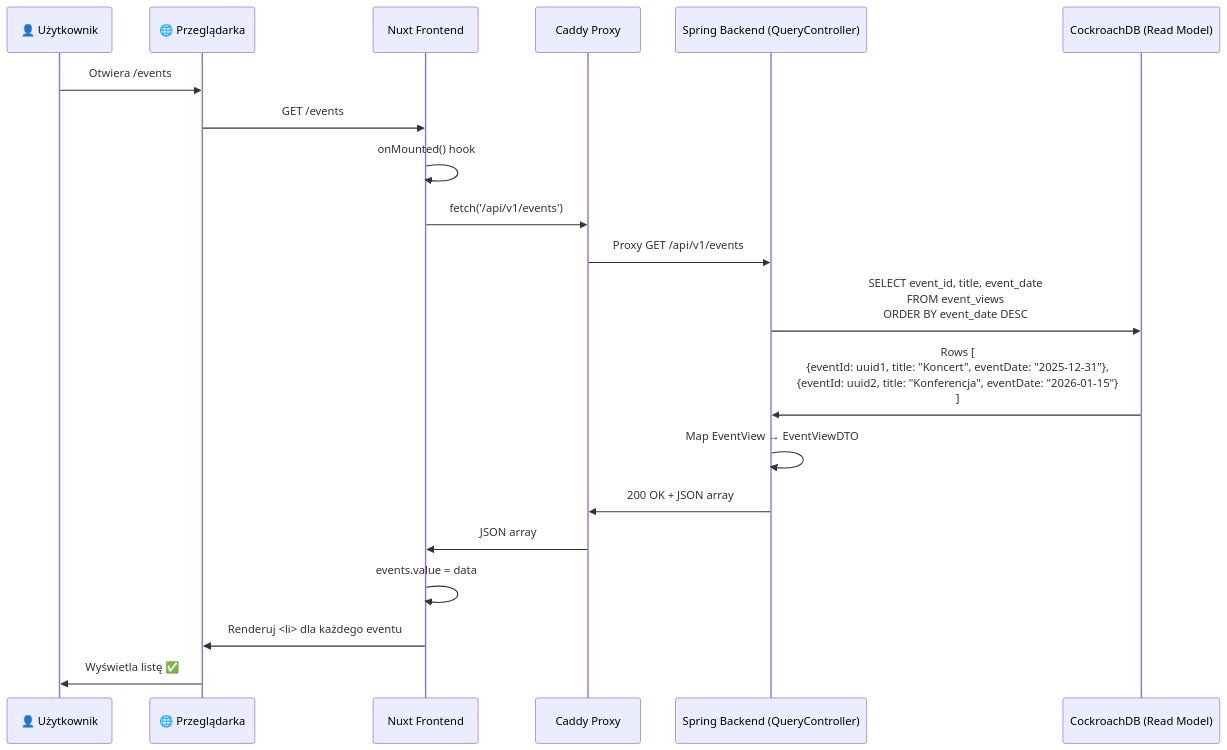
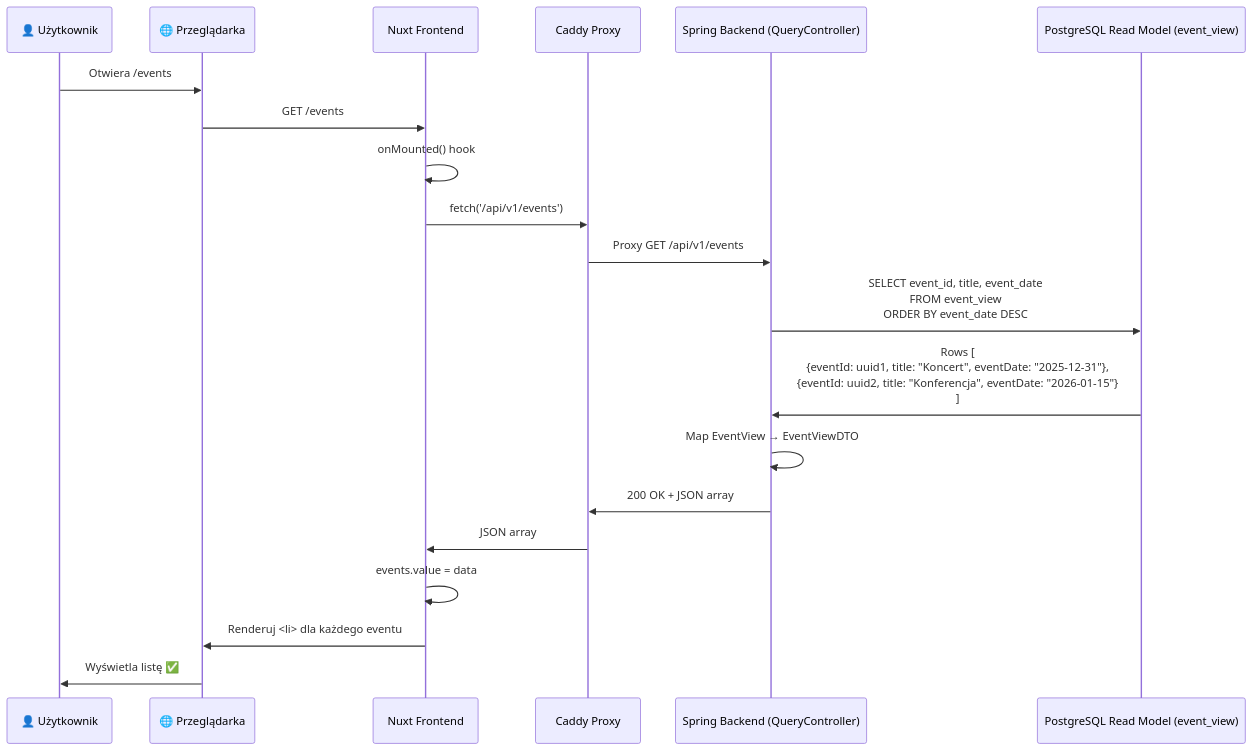
The tenth of 15 diagrams in ARCHITEKTURA_SZCZEGOLOWA.md (luksus-pfsw/nuxt-learn), drawn with Mermaid before and after one commit. The commit also changed other lines of this file and 10 other files, not shown here.

````diff
--- a/ARCHITEKTURA_SZCZEGOLOWA.md
+++ b/ARCHITEKTURA_SZCZEGOLOWA.md
@@ -1818,23 +1876,23 @@
 ```mermaid
 sequenceDiagram
     participant User as 👤 Użytkownik
     participant Browser as 🌐 Przeglądarka
     participant Nuxt as Nuxt Frontend
     participant Caddy as Caddy Proxy
     participant Spring as Spring Backend (QueryController)
-    participant CRDB as CockroachDB (Read Model)
+    participant ReadDB as PostgreSQL Read Model (event_view)
     
     User->>Browser: Otwiera /events
     Browser->>Nuxt: GET /events
     Nuxt->>Nuxt: onMounted() hook
     Nuxt->>Caddy: fetch('/api/v1/events')
     Caddy->>Spring: Proxy GET /api/v1/events
-    Spring->>CRDB: SELECT event_id, title, event_date<br/>FROM event_views<br/>ORDER BY event_date DESC
-    CRDB->>Spring: Rows [<br/>  {eventId: uuid1, title: "Koncert", eventDate: "2025-12-31"},<br/>  {eventId: uuid2, title: "Konferencja", eventDate: "2026-01-15"}<br/>]
+    Spring->>ReadDB: SELECT event_id, title, event_date<br/>FROM event_view<br/>ORDER BY event_date DESC
+    ReadDB->>Spring: Rows [<br/>  {eventId: uuid1, title: "Koncert", eventDate: "2025-12-31"},<br/>  {eventId: uuid2, title: "Konferencja", eventDate: "2026-01-15"}<br/>]
     Spring->>Spring: Map EventView → EventViewDTO
     Spring->>Caddy: 200 OK + JSON array
     Caddy->>Nuxt: JSON array
     Nuxt->>Nuxt: events.value = data
     Nuxt->>Browser: Renderuj <li> dla każdego eventu
     Browser->>User: Wyświetla listę ✅
 ```
````
